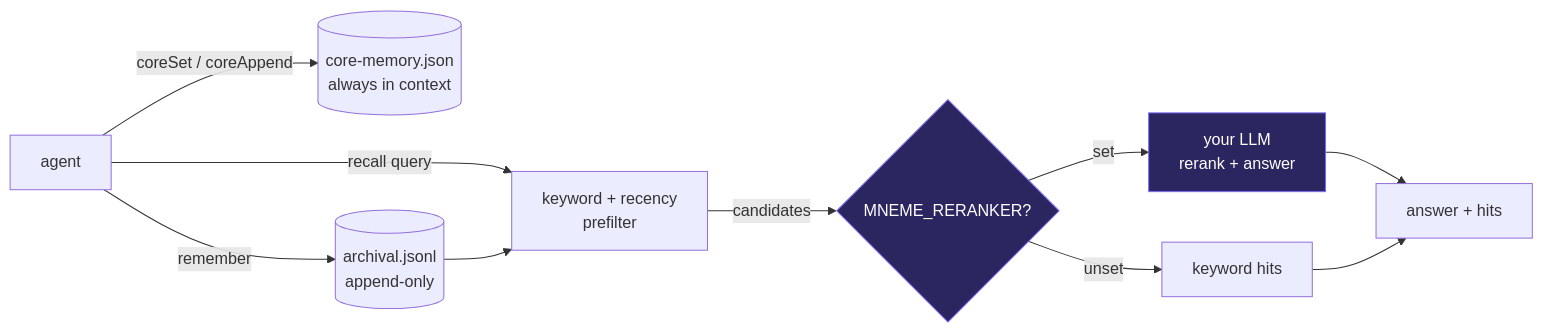
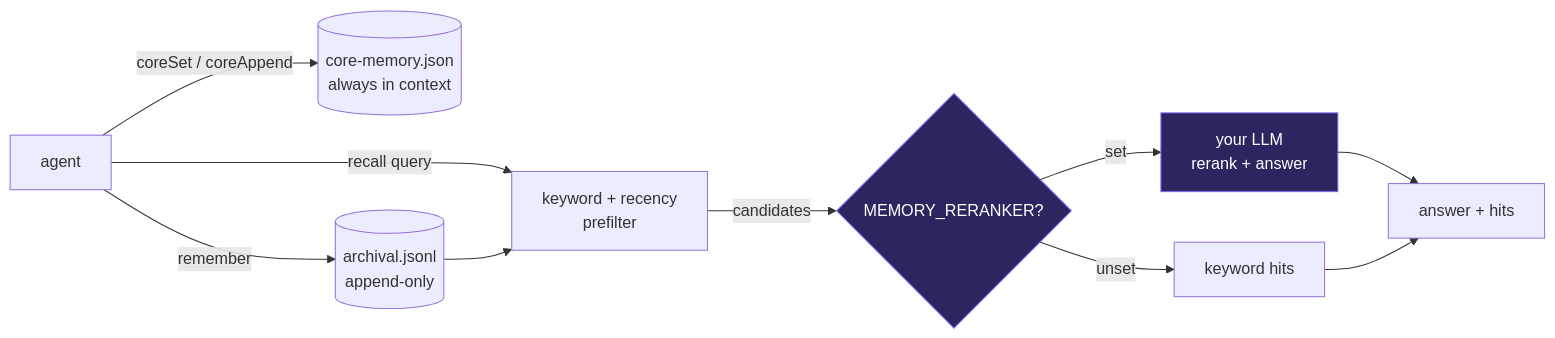
The diagram in README.md (Wassimyounes01/memory), drawn with Mermaid before and after one commit. The commit also changed other lines of this file and 11 other files, not shown here.

Commit message:
Rename: mneme -> memory (function-descriptive repo name)

````diff
--- a/README.md
+++ b/README.md
@@ -44,15 +44,15 @@
 ```mermaid
 flowchart LR
     A["agent"] -->|coreSet / coreAppend| C[("core-memory.json\nalways in context")]
     A -->|remember| AR[("archival.jsonl\nappend-only")]
     A -->|recall query| KW["keyword + recency\nprefilter"]
     AR --> KW
-    KW -->|candidates| RR{"MNEME_RERANKER?"}
+    KW -->|candidates| RR{"MEMORY_RERANKER?"}
     RR -->|set| LLM["your LLM\nrerank + answer"]
     RR -->|unset| KO["keyword hits"]
     LLM --> OUT["answer + hits"]
     KO --> OUT
     classDef acc fill:#2b2560,stroke:#7C6CF5,color:#fff;
     class RR acc;
     class LLM acc;
 ```
````
